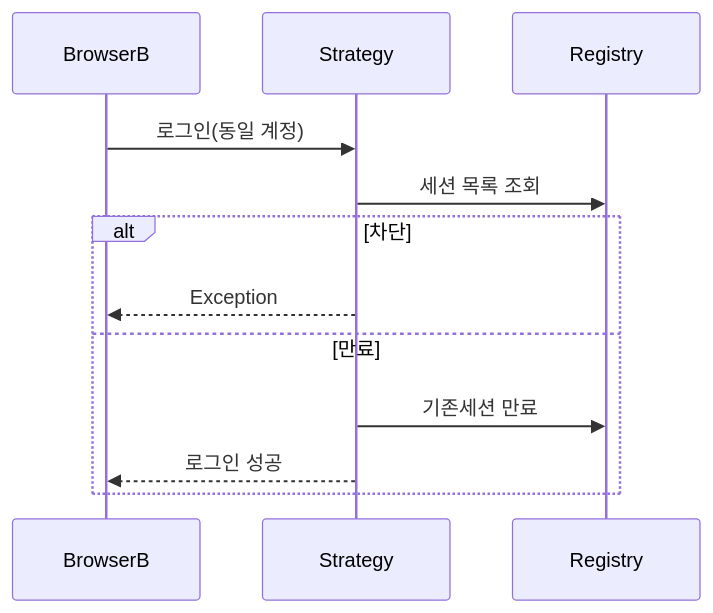
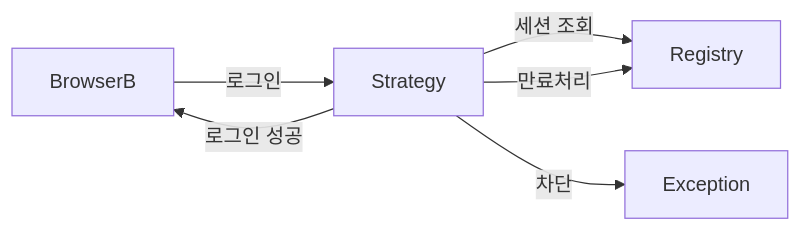
One commit to yjkim2015/yjkim2015.github.io changed the second of 2 diagrams in _posts/security/2021-02-02-동시 세션제어.md. Above: the diagram before and after it, drawn with Mermaid. The commit also changed 163 other files, not shown here.

First line of the commit message:
Mermaid 300개 블록 내용 축소: 5노드 5엣지 이하, 의미 있는 약어

````diff
--- a/_posts/security/2021-02-02-동시 세션제어.md
+++ b/_posts/security/2021-02-02-동시 세션제어.md
@@ -100,14 +100,8 @@
 ```mermaid
-sequenceDiagram
-    participant B as BrowserB
-    participant CSS as Strategy
-    participant SR as Registry
-    B->>CSS: 로그인(동일 계정)
-    CSS->>SR: 세션 목록 조회
-    alt 차단
-        CSS-->>B: Exception
-    else 만료
-        CSS->>SR: 기존세션 만료
-        CSS-->>B: 로그인 성공
-    end
+graph LR
+    B["BrowserB"] -->|로그인| CSS["Strategy"]
+    CSS -->|세션 조회| SR["Registry"]
+    CSS -->|차단| EX["Exception"]
+    CSS -->|만료처리| SR
+    CSS -->|로그인 성공| B
 ```
````
